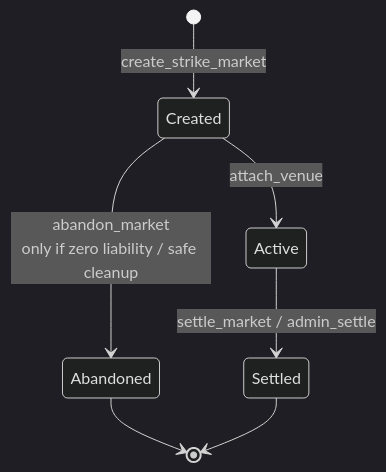
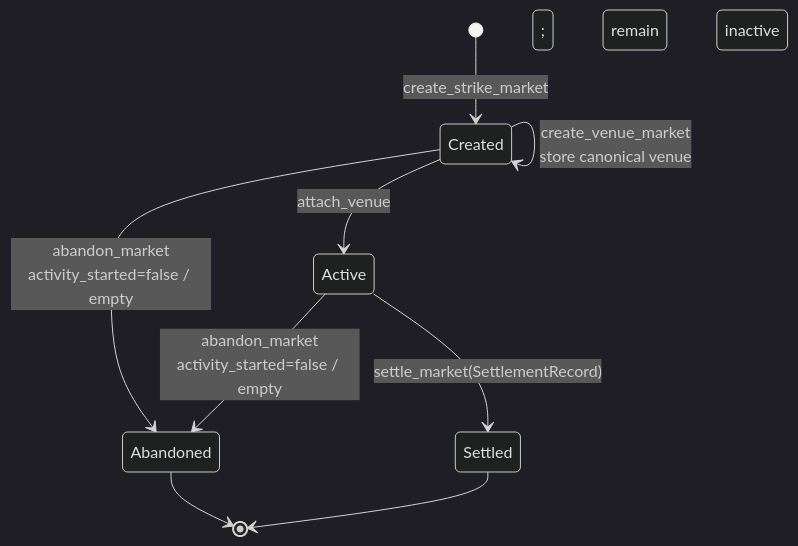
Before and after one commit to hyetigran/peak6_pm: the third of 8 diagrams in docs/ARCHITECTURE.md, drawn with Mermaid (dark theme). The commit also changed other lines of this file and 53 other files, not shown here.

````diff
--- a/docs/ARCHITECTURE.md
+++ b/docs/ARCHITECTURE.md
@@ -610,9 +774,11 @@
 ```mermaid
 stateDiagram-v2
     [*] --> Created: create_strike_market
+    Created --> Created: create_venue_market<br/>store canonical venue; remain inactive
     Created --> Active: attach_venue
-    Created --> Abandoned: abandon_market<br/>only if zero liability / safe cleanup
-    Active --> Settled: settle_market / admin_settle
+    Created --> Abandoned: abandon_market<br/>activity_started=false / empty
+    Active --> Abandoned: abandon_market<br/>activity_started=false / empty
+    Active --> Settled: settle_market(SettlementRecord)
     Abandoned --> [*]
     Settled --> [*]
 ```
````
